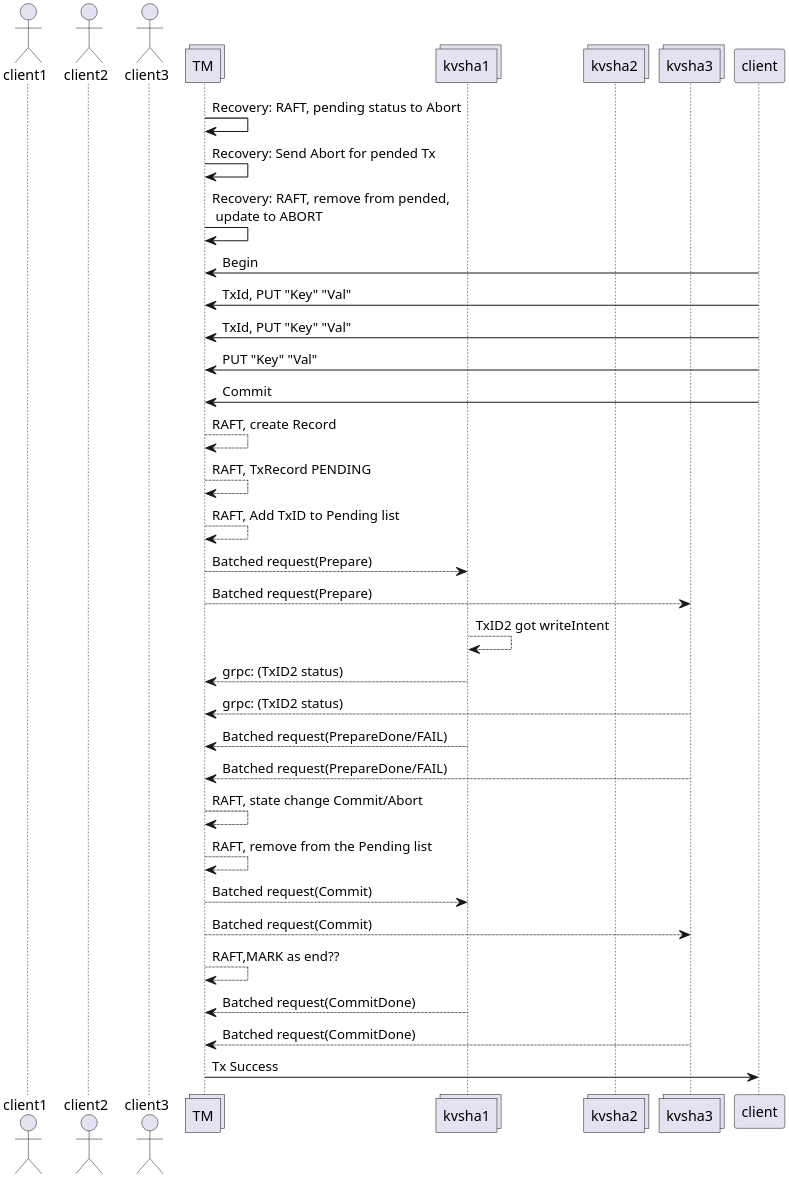
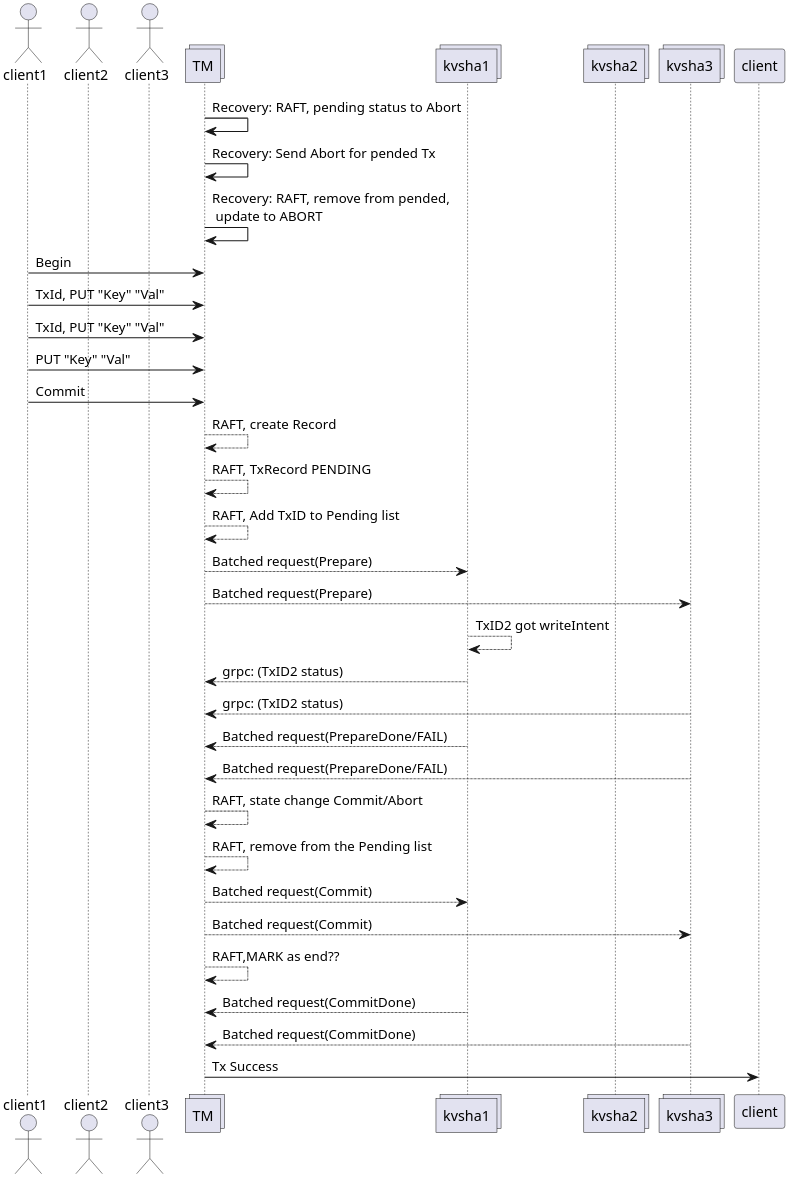
Before and after one commit to lseshan/acid_kvstore: the diagram in design/conflict.wsd, drawn with PlantUML.

Commit message:
Adding some design cases

```diff
--- a/design/conflict.wsd
+++ b/design/conflict.wsd
@@ -1,59 +1,59 @@
 @startuml rj
 actor client1
 actor client2
 actor client3
 collections TM
 collections kvsha1
 collections kvsha2
 collections kvsha3
 scale 3
 ' Got to create for RAW R/W, Read Tx, Read/Write Tx - with conflict scenarios 
 'TM is TM Leader'
 TM -> TM : Recovery: RAFT, pending status to Abort
 TM -> TM : Recovery: Send Abort for pended Tx
 TM -> TM : Recovery: RAFT, remove from pended,\n update to ABORT
 
-client -> TM : Begin 
-client -> TM : TxId, PUT "Key" "Val"
-client -> TM : TxId, PUT "Key" "Val"
-client -> TM : PUT "Key" "Val"
-client -> TM : Commit
+client1 -> TM : Begin 
+client1 -> TM : TxId, PUT "Key" "Val"
+client1 -> TM : TxId, PUT "Key" "Val"
+client1 -> TM : PUT "Key" "Val"
+client1 -> TM : Commit
 
 TM -->TM : RAFT, create Record
 TM -->TM : RAFT, TxRecord PENDING
 TM -->TM : RAFT, Add TxID to Pending list 
 'TM -->kvsha1 : RAFT, TxRecord PENDING 
 'TM -->kvsha3 : RAFT, TxRecord PENDING
 
 TM --> kvsha1 : Batched request(Prepare)
 TM --> kvsha3 : Batched request(Prepare)
 
 /' Not good idea to keep TR in kvstore 
    since lot of traffic
 '/
 
 kvsha1 --> kvsha1 : TxID2 got writeIntent
 kvsha1 --> TM : grpc: (TxID2 status)
 kvsha3 --> TM : grpc: (TxID2 status)
 
 kvsha1 --> TM : Batched request(PrepareDone/FAIL)
 kvsha3 --> TM : Batched request(PrepareDone/FAIL)
 
 TM -->TM : RAFT, state change Commit/Abort
 TM -->TM : RAFT, remove from the Pending list
 'TM -->kvsha1 : RAFRT state change Commit/Abort
 'TM --> kvsha3 : RAFT state change commit/Abort
 
 
 TM --> kvsha1 : Batched request(Commit)
 TM --> kvsha3 : Batched request(Commit)
 
 TM -->TM : RAFT,MARK as end??
 'TM -->kvsha1 : CAN delete the TR
 'TM --> kvsha3 : CAN delete the TR
 
 kvsha1 --> TM : Batched request(CommitDone)
 kvsha3 --> TM : Batched request(CommitDone)
 
 TM -> client : Tx Success
 @enduml
```
